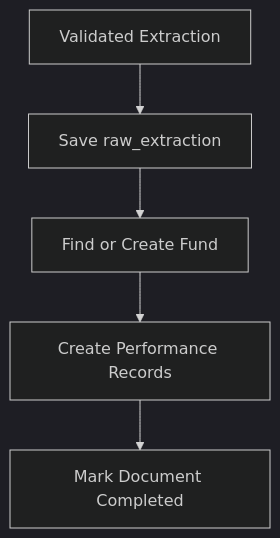
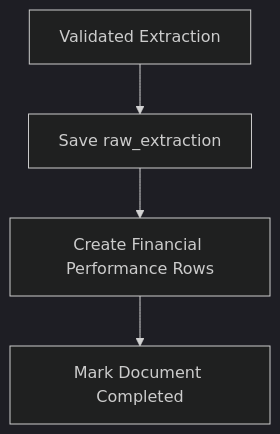
The eighth of 10 diagrams in docs/product-definitions/technical_architecture.md (velascode64/equi-document-intelligence-web-app), drawn with Mermaid (dark theme) before and after one commit. The commit also changed other lines of this file and 6 other files, not shown here.

Commit message:
Add Google Drive sync analyzer flow

````diff
--- a/docs/product-definitions/technical_architecture.md
+++ b/docs/product-definitions/technical_architecture.md
@@ -496,7 +495,6 @@
 ```mermaid
 flowchart TD
     A[Validated Extraction] --> B[Save raw_extraction]
-    B --> C[Find or Create Fund]
-    C --> D[Create Performance Records]
-    D --> E[Mark Document Completed]
+    B --> C[Create Financial Performance Rows]
+    C --> D[Mark Document Completed]
 ```
````
